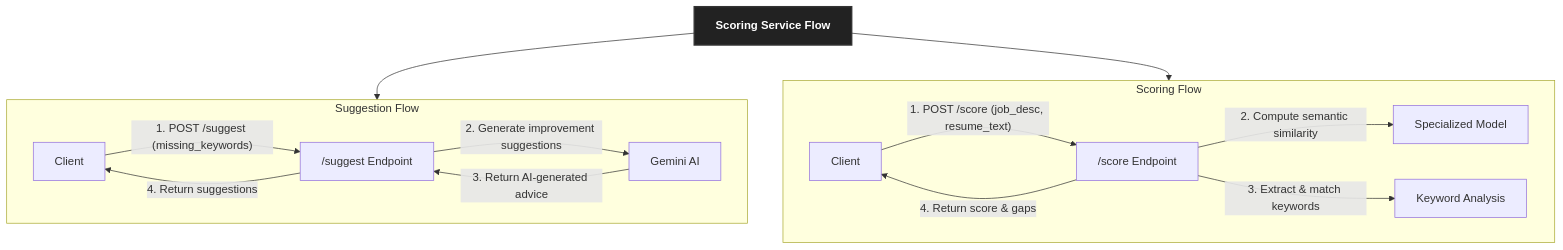
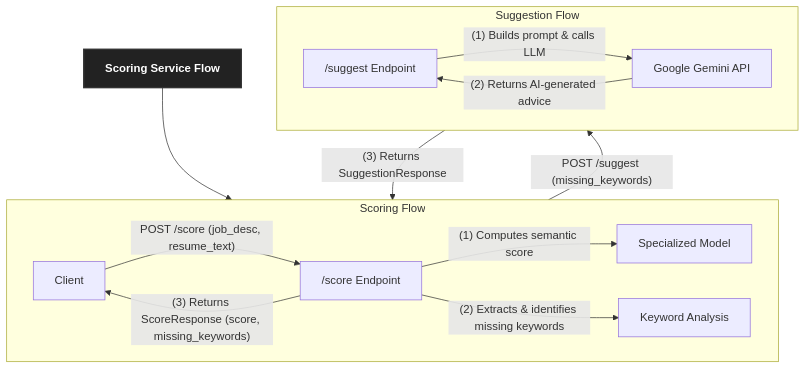
The diagram in AI_Services/scoring_service/README.md (QuantumRebels/CVisionary), drawn with Mermaid before and after one commit.

Commit message:
Update scoring moduleREADME.md

````diff
--- a/AI_Services/scoring_service/README.md
+++ b/AI_Services/scoring_service/README.md
@@ -63,24 +63,24 @@
 ```mermaid
 graph TD
     Title["<strong>Scoring Service Flow</strong>"]
     style Title fill:#222,stroke:#333,stroke-width:2px,color:#fff
 
+    Client["Client"]
+    Title --> Client
+
     subgraph "Scoring Flow"
         direction LR
-        Client1["Client"] -- "1. POST /score (job_desc, resume_text)" --> ScoreEndpoint["/score Endpoint"]
-        ScoreEndpoint -- "2. Compute semantic similarity" --> ScoringModel["Specialized Model"]
-        ScoreEndpoint -- "3. Extract & match keywords" --> KeywordLogic["Keyword Analysis"]
-        ScoreEndpoint -- "4. Return score & gaps" --> Client1
+        Client -- "POST /score (job_desc, resume_text)" --> ScoreEndpoint["/score Endpoint"]
+        ScoreEndpoint -- "(1) Computes semantic score" --> ScoringModel["Specialized Model"]
+        ScoreEndpoint -- "(2) Extracts & identifies missing keywords" --> KeywordLogic["Keyword Analysis"]
+        ScoreEndpoint -- "(3) Returns ScoreResponse (score, missing_keywords)" --> Client
     end
 
     subgraph "Suggestion Flow"
         direction LR
-        Client2["Client"] -- "1. POST /suggest (missing_keywords)" --> SuggestEndpoint["/suggest Endpoint"]
-        SuggestEndpoint -- "2. Generate improvement suggestions" --> GeminiAPI["Gemini AI"]
-        GeminiAPI -- "3. Return AI-generated advice" --> SuggestEndpoint
-        SuggestEndpoint -- "4. Return suggestions" --> Client2
+        Client -- "POST /suggest (missing_keywords)" --> SuggestEndpoint["/suggest Endpoint"]
+        SuggestEndpoint -- "(1) Builds prompt & calls LLM" --> GeminiAPI["Google Gemini API"]
+        GeminiAPI -- "(2) Returns AI-generated advice" --> SuggestEndpoint
+        SuggestEndpoint -- "(3) Returns SuggestionResponse" --> Client
     end
-    
-    Title --> Client1
-    Title --> Client2
 ```
````
